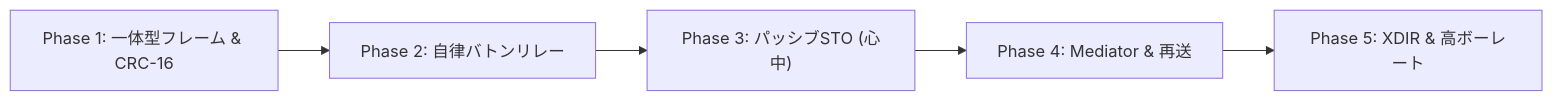
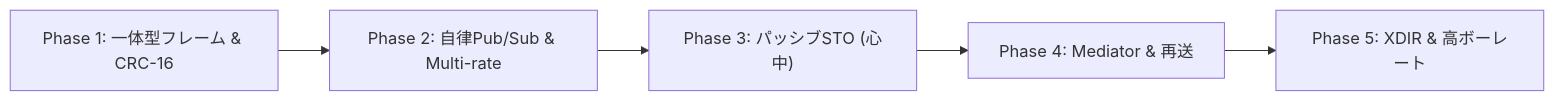
Before and after one commit to Masafuro/ADX: the diagram in firmware/tests/ADX_Core-D/DROP/README.md, drawn with Mermaid. The commit also changed other lines of this file and 33 other files, not shown here.

````diff
--- a/firmware/tests/ADX_Core-D/DROP/README.md
+++ b/firmware/tests/ADX_Core-D/DROP/README.md
@@ -66,7 +69,7 @@
 ```mermaid
 flowchart LR
-    P1["Phase 1: 一体型フレーム & CRC-16"] --> P2["Phase 2: 自律バトンリレー"]
+    P1["Phase 1: 一体型フレーム & CRC-16"] --> P2["Phase 2: 自律Pub/Sub & Multi-rate"]
     P2 --> P3["Phase 3: パッシブSTO (心中)"]
     P3 --> P4["Phase 4: Mediator & 再送"]
     P4 --> P5["Phase 5: XDIR & 高ボーレート"]
 ```
````
